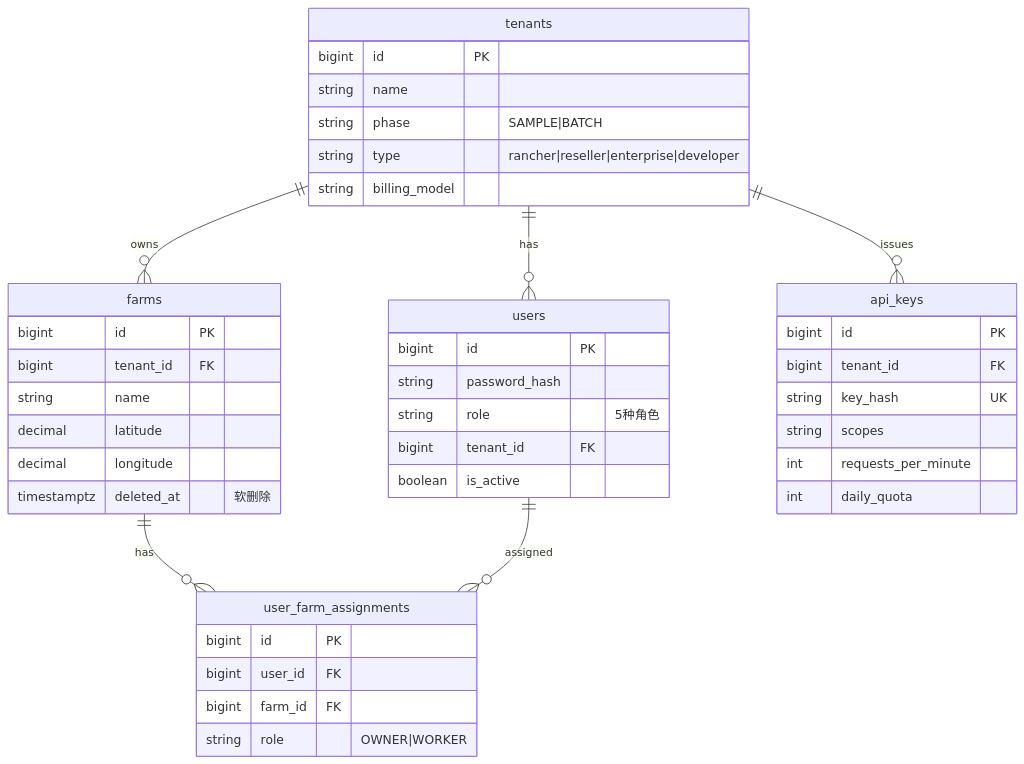
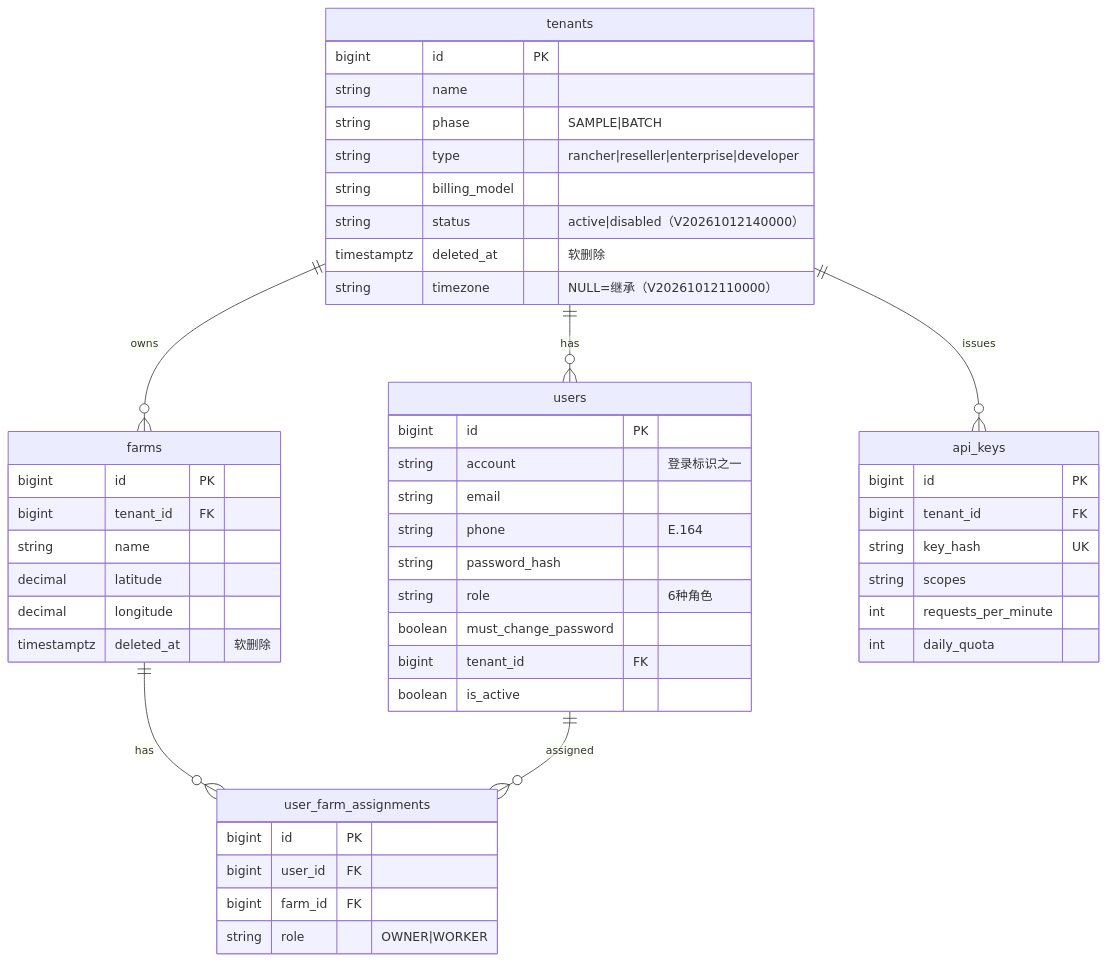
One commit to aime4eve/smart-livestock changed the sixth of 17 diagrams in docs/product/system-architecture.md. Above: the diagram before and after it, drawn with Mermaid. The commit also changed other lines of this file and 6 other files, not shown here.

````diff
--- a/docs/product/system-architecture.md
+++ b/docs/product/system-architecture.md
@@ -351,45 +381,52 @@
 ```mermaid
 erDiagram
     tenants ||--o{ farms : owns
     tenants ||--o{ users : has
     tenants ||--o{ api_keys : issues
     farms ||--o{ user_farm_assignments : has
     users ||--o{ user_farm_assignments : assigned
 
     tenants {
         bigint id PK
         string name
         string phase "SAMPLE|BATCH"
         string type "rancher|reseller|enterprise|developer"
         string billing_model
+        string status "active|disabled（V20261012140000）"
+        timestamptz deleted_at "软删除"
+        string timezone "NULL=继承（V20261012110000）"
     }
     farms {
         bigint id PK
         bigint tenant_id FK
         string name
         decimal latitude
         decimal longitude
         timestamptz deleted_at "软删除"
     }
     users {
         bigint id PK
+        string account "登录标识之一"
+        string email
+        string phone "E.164"
         string password_hash
-        string role "5种角色"
+        string role "6种角色"
+        boolean must_change_password
         bigint tenant_id FK
         boolean is_active
     }
     user_farm_assignments {
         bigint id PK
         bigint user_id FK
         bigint farm_id FK
         string role "OWNER|WORKER"
     }
     api_keys {
         bigint id PK
         bigint tenant_id FK
         string key_hash UK
         string scopes
         int requests_per_minute
         int daily_quota
     }
 ```
````
